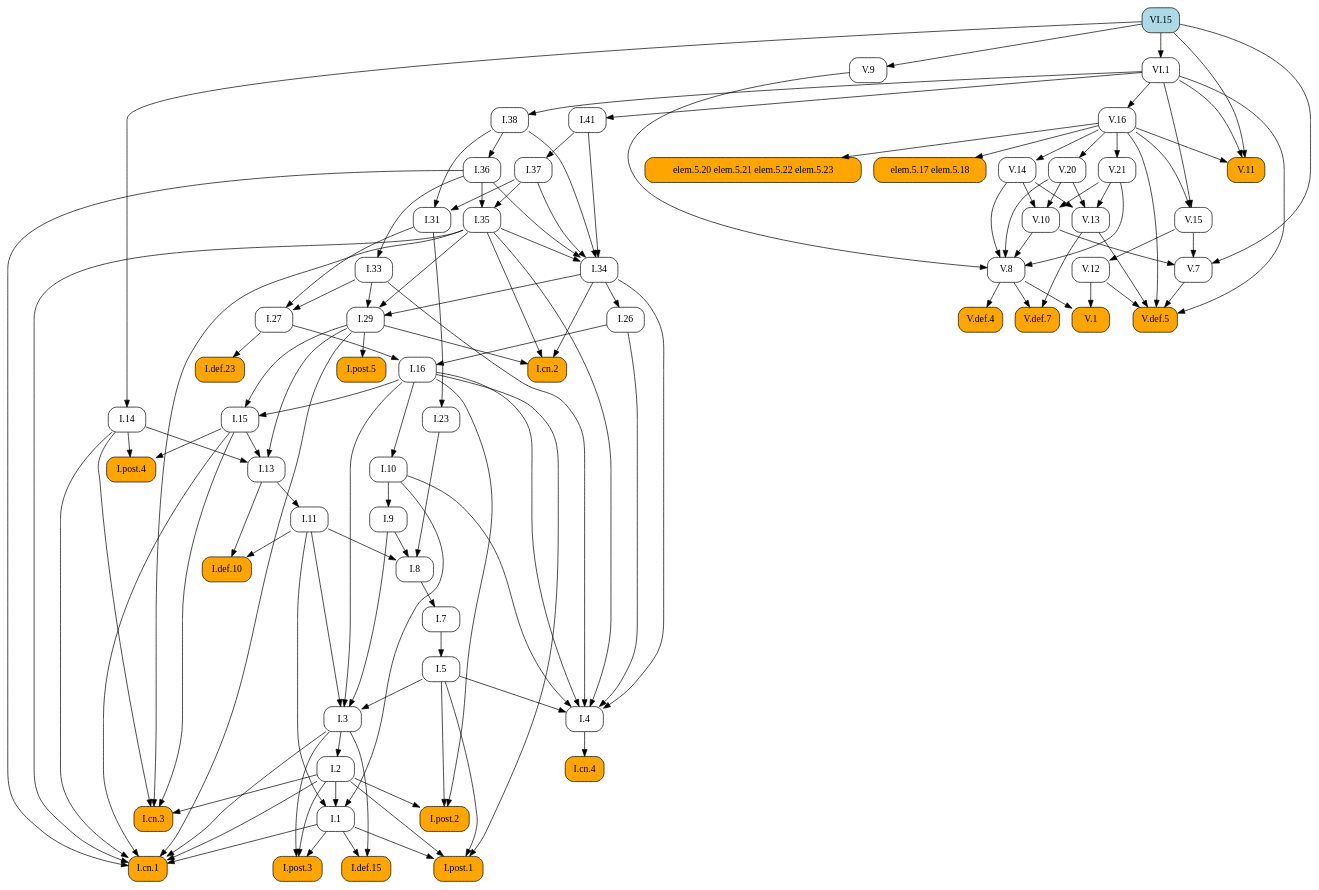
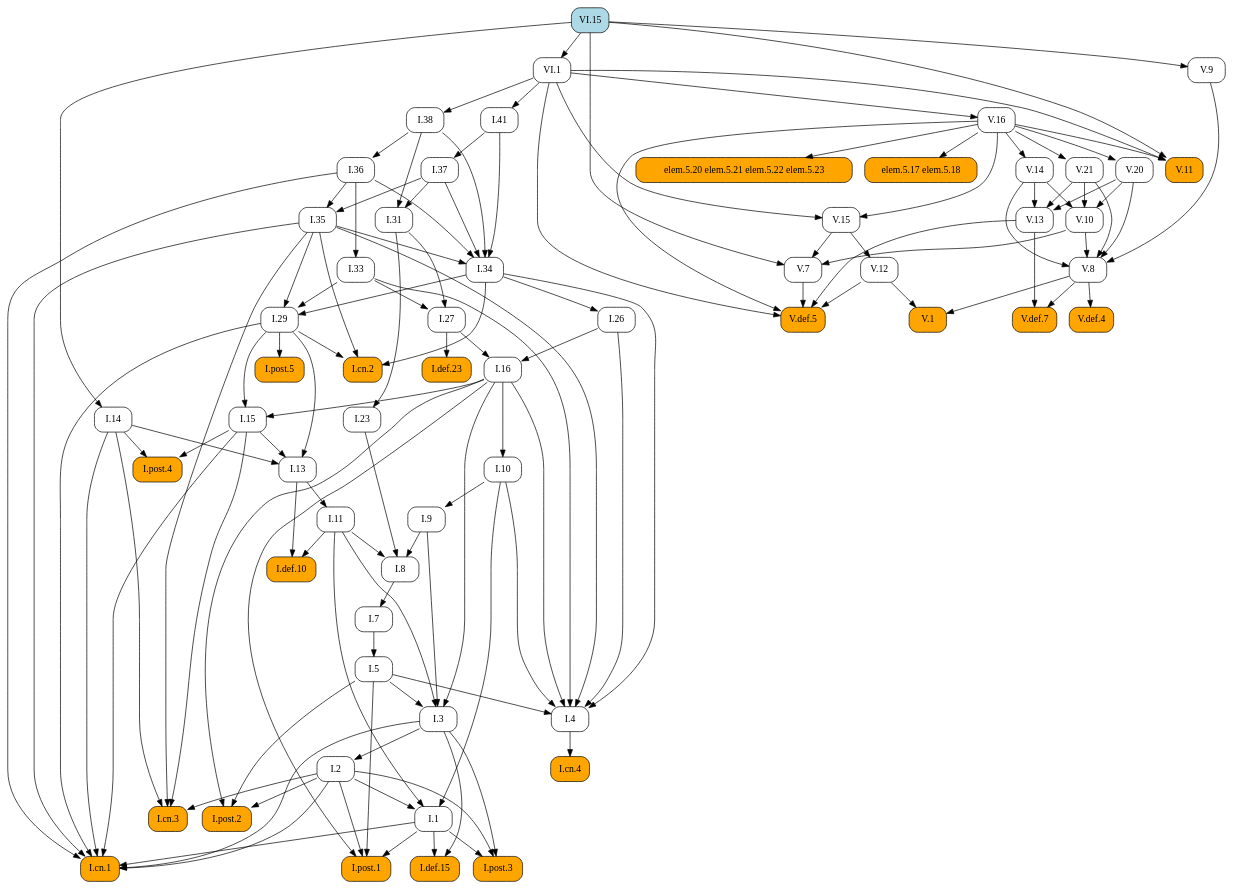
One commit to geometor/elements changed the diagram in docsrc/heath/VI/15/index.rst. Above: the diagram before and after it, drawn with Graphviz. The commit also changed other lines of this file and 484 other files, not shown here.

```diff
--- a/docsrc/heath/VI/15/index.rst
+++ b/docsrc/heath/VI/15/index.rst
@@ -55,104 +55,119 @@
    digraph {
      rankdir="TB";
      node [shape=box, style=rounded];
-     "I.def.10" [style="rounded,filled", fillcolor=orange, URL="/heath/I/def.10/", target="_top"];
-     "I.11" [URL="/heath/I/11/", target="_top"];
-     "I.post.4" [style="rounded,filled", fillcolor=orange, URL="/heath/I/post.4/", target="_top"];
-     "I.1" [URL="/heath/I/1/", target="_top"];
-     "I.26" [URL="/heath/I/26/", target="_top"];
+     "V.16" [URL="/heath/V/16/", target="_top"];
+     "I.23" [URL="/heath/I/23/", target="_top"];
+     "I.9" [URL="/heath/I/9/", target="_top"];
+     "I.33" [URL="/heath/I/33/", target="_top"];
+     "VI.15" [style="rounded,filled", fillcolor=lightblue, URL="/heath/VI/15/", target="_top"];
+     "I.def.15" [style="rounded,filled", fillcolor=orange, URL="/heath/I/def.15/", target="_top"];
+     "V.13" [URL="/heath/V/13/", target="_top"];
+     "V.7" [URL="/heath/V/7/", target="_top"];
+     "elem.5.17 elem.5.18" [style="rounded,filled", fillcolor=orange];
+     "I.post.3" [style="rounded,filled", fillcolor=orange, URL="/heath/I/post.3/", target="_top"];
+     "I.post.1" [style="rounded,filled", fillcolor=orange, URL="/heath/I/post.1/", target="_top"];
      "V.14" [URL="/heath/V/14/", target="_top"];
      "V.def.5" [style="rounded,filled", fillcolor=orange, URL="/heath/V/def.5/", target="_top"];
+     "V.9" [URL="/heath/V/9/", target="_top"];
+     "I.31" [URL="/heath/I/31/", target="_top"];
+     "I.def.10" [style="rounded,filled", fillcolor=orange, URL="/heath/I/def.10/", target="_top"];
+     "V.10" [URL="/heath/V/10/", target="_top"];
+     "VI.1" [URL="/heath/VI/1/", target="_top"];
+     "V.20" [URL="/heath/V/20/", target="_top"];
+     "I.27" [URL="/heath/I/27/", target="_top"];
+     "I.14" [URL="/heath/I/14/", target="_top"];
+     "V.11" [style="rounded,filled", fillcolor=orange, URL="/heath/V/11/", target="_top"];
+     "I.34" [URL="/heath/I/34/", target="_top"];
+     "V.12" [URL="/heath/V/12/", target="_top"];
+     "I.3" [URL="/heath/I/3/", target="_top"];
+     "V.def.4" [style="rounded,filled", fillcolor=orange, URL="/heath/V/def.4/", target="_top"];
+     "I.35" [URL="/heath/I/35/", target="_top"];
+     "I.cn.1" [style="rounded,filled", fillcolor=orange, URL="/heath/I/cn.1/", target="_top"];
+     "V.def.7" [style="rounded,filled", fillcolor=orange, URL="/heath/V/def.7/", target="_top"];
+     "I.7" [URL="/heath/I/7/", target="_top"];
+     "V.21" [URL="/heath/V/21/", target="_top"];
+     "I.2" [URL="/heath/I/2/", target="_top"];
+     "I.36" [URL="/heath/I/36/", target="_top"];
+     "I.13" [URL="/heath/I/13/", target="_top"];
+     "I.post.4" [style="rounded,filled", fillcolor=orange, URL="/heath/I/post.4/", target="_top"];
+     "I.4" [URL="/heath/I/4/", target="_top"];
+     "I.1" [URL="/heath/I/1/", target="_top"];
+     "I.5" [URL="/heath/I/5/", target="_top"];
+     "I.37" [URL="/heath/I/37/", target="_top"];
+     "I.8" [URL="/heath/I/8/", target="_top"];
+     "I.cn.3" [style="rounded,filled", fillcolor=orange, URL="/heath/I/cn.3/", target="_top"];
      "I.29" [URL="/heath/I/29/", target="_top"];
-     "V.12" [URL="/heath/V/12/", target="_top"];
+     "I.16" [URL="/heath/I/16/", target="_top"];
+     "I.38" [URL="/heath/I/38/", target="_top"];
+     "V.8" [URL="/heath/V/8/", target="_top"];
+     "I.15" [URL="/heath/I/15/", target="_top"];
+     "V.1" [style="rounded,filled", fillcolor=orange, URL="/heath/V/1/", target="_top"];
+     "I.11" [URL="/heath/I/11/", target="_top"];
+     "I.def.23" [style="rounded,filled", fillcolor=orange, URL="/heath/I/def.23/", target="_top"];
+     "I.10" [URL="/heath/I/10/", target="_top"];
      "I.cn.2" [style="rounded,filled", fillcolor=orange, URL="/heath/I/cn.2/", target="_top"];
-     "V.20" [URL="/heath/V/20/", target="_top"];
-     "V.10" [URL="/heath/V/10/", target="_top"];
-     "V.11" [style="rounded,filled", fillcolor=orange, URL="/heath/V/11/", target="_top"];
-     "V.13" [URL="/heath/V/13/", target="_top"];
-     "I.def.15" [style="rounded,filled", fillcolor=orange, URL="/heath/I/def.15/", target="_top"];
+     "I.post.5" [style="rounded,filled", fillcolor=orange, URL="/heath/I/post.5/", target="_top"];
+     "I.cn.4" [style="rounded,filled", fillcolor=orange, URL="/heath/I/cn.4/", target="_top"];
+     "I.41" [URL="/heath/I/41/", target="_top"];
      "V.15" [URL="/heath/V/15/", target="_top"];
-     "VI.1" [URL="/heath/VI/1/", target="_top"];
-     "I.post.3" [style="rounded,filled", fillcolor=orange, URL="/heath/I/post.3/", target="_top"];
-     "I.cn.1" [style="rounded,filled", fillcolor=orange, URL="/heath/I/cn.1/", target="_top"];
-     "I.cn.3" [style="rounded,filled", fillcolor=orange, URL="/heath/I/cn.3/", target="_top"];
-     "V.7" [URL="/heath/V/7/", target="_top"];
-     "I.14" [URL="/heath/I/14/", target="_top"];
-     "V.9" [URL="/heath/V/9/", target="_top"];
-     "V.16" [URL="/heath/V/16/", target="_top"];
-     "I.23" [URL="/heath/I/23/", target="_top"];
-     "I.post.1" [style="rounded,filled", fillcolor=orange, URL="/heath/I/post.1/", target="_top"];
-     "I.35" [URL="/heath/I/35/", target="_top"];
-     "V.8" [URL="/heath/V/8/", target="_top"];
-     "I.41" [URL="/heath/I/41/", target="_top"];
-     "I.36" [URL="/heath/I/36/", target="_top"];
-     "I.27" [URL="/heath/I/27/", target="_top"];
-     "I.37" [URL="/heath/I/37/", target="_top"];
-     "I.34" [URL="/heath/I/34/", target="_top"];
-     "I.3" [URL="/heath/I/3/", target="_top"];
-     "I.7" [URL="/heath/I/7/", target="_top"];
-     "I.2" [URL="/heath/I/2/", target="_top"];
-     "I.4" [URL="/heath/I/4/", target="_top"];
-     "I.def.23" [style="rounded,filled", fillcolor=orange, URL="/heath/I/def.23/", target="_top"];
-     "I.13" [URL="/heath/I/13/", target="_top"];
-     "I.33" [URL="/heath/I/33/", target="_top"];
-     "I.31" [URL="/heath/I/31/", target="_top"];
      "I.post.2" [style="rounded,filled", fillcolor=orange, URL="/heath/I/post.2/", target="_top"];
-     "V.1" [style="rounded,filled", fillcolor=orange, URL="/heath/V/1/", target="_top"];
-     "I.16" [URL="/heath/I/16/", target="_top"];
+     "I.26" [URL="/heath/I/26/", target="_top"];
      "elem.5.20 elem.5.21 elem.5.22 elem.5.23" [style="rounded,filled", fillcolor=orange];
-     "elem.5.17 elem.5.18" [style="rounded,filled", fillcolor=orange];
-     "I.9" [URL="/heath/I/9/", target="_top"];
-     "VI.15" [style="rounded,filled", fillcolor=lightblue, URL="/heath/VI/15/", target="_top"];
-     "I.8" [URL="/heath/I/8/", target="_top"];
-     "V.def.4" [style="rounded,filled", fillcolor=orange, URL="/heath/V/def.4/", target="_top"];
-     "I.cn.4" [style="rounded,filled", fillcolor=orange, URL="/heath/I/cn.4/", target="_top"];
-     "I.15" [URL="/heath/I/15/", target="_top"];
-     "I.post.5" [style="rounded,filled", fillcolor=orange, URL="/heath/I/post.5/", target="_top"];
-     "I.38" [URL="/heath/I/38/", target="_top"];
-     "V.def.7" [style="rounded,filled", fillcolor=orange, URL="/heath/V/def.7/", target="_top"];
-     "I.10" [URL="/heath/I/10/", target="_top"];
-     "I.5" [URL="/heath/I/5/", target="_top"];
-     "V.21" [URL="/heath/V/21/", target="_top"];
-     "I.11" -> "I.def.10";
-     "I.13" -> "I.def.10";
-     "I.13" -> "I.11";
-     "I.14" -> "I.post.4";
-     "I.15" -> "I.post.4";
-     "I.2" -> "I.1";
-     "I.10" -> "I.1";
-     "I.11" -> "I.1";
-     "I.34" -> "I.26";
+     "VI.1" -> "V.16";
+     "I.31" -> "I.23";
+     "I.10" -> "I.9";
+     "I.36" -> "I.33";
+     "I.1" -> "I.def.15";
+     "I.3" -> "I.def.15";
+     "V.14" -> "V.13";
+     "V.20" -> "V.13";
+     "V.21" -> "V.13";
+     "V.10" -> "V.7";
+     "V.15" -> "V.7";
+     "VI.15" -> "V.7";
+     "V.16" -> "elem.5.17 elem.5.18";
+     "I.1" -> "I.post.3";
+     "I.2" -> "I.post.3";
+     "I.3" -> "I.post.3";
+     "I.1" -> "I.post.1";
+     "I.2" -> "I.post.1";
+     "I.5" -> "I.post.1";
+     "I.16" -> "I.post.1";
      "V.16" -> "V.14";
      "V.7" -> "V.def.5";
      "V.12" -> "V.def.5";
      "V.13" -> "V.def.5";
      "V.16" -> "V.def.5";
      "VI.1" -> "V.def.5";
-     "I.33" -> "I.29";
-     "I.34" -> "I.29";
-     "I.35" -> "I.29";
-     "V.15" -> "V.12";
-     "I.29" -> "I.cn.2";
-     "I.34" -> "I.cn.2";
-     "I.35" -> "I.cn.2";
-     "V.16" -> "V.20";
+     "VI.15" -> "V.9";
+     "I.37" -> "I.31";
+     "I.38" -> "I.31";
+     "I.11" -> "I.def.10";
+     "I.13" -> "I.def.10";
      "V.14" -> "V.10";
      "V.20" -> "V.10";
      "V.21" -> "V.10";
+     "VI.15" -> "VI.1";
+     "V.16" -> "V.20";
+     "I.31" -> "I.27";
+     "I.33" -> "I.27";
+     "VI.15" -> "I.14";
      "V.16" -> "V.11";
      "VI.1" -> "V.11";
      "VI.15" -> "V.11";
-     "V.14" -> "V.13";
-     "V.20" -> "V.13";
-     "V.21" -> "V.13";
-     "I.1" -> "I.def.15";
-     "I.3" -> "I.def.15";
-     "V.16" -> "V.15";
-     "VI.1" -> "V.15";
-     "VI.15" -> "VI.1";
-     "I.1" -> "I.post.3";
-     "I.2" -> "I.post.3";
-     "I.3" -> "I.post.3";
+     "I.35" -> "I.34";
+     "I.36" -> "I.34";
+     "I.37" -> "I.34";
+     "I.38" -> "I.34";
+     "I.41" -> "I.34";
+     "V.15" -> "V.12";
+     "I.5" -> "I.3";
+     "I.9" -> "I.3";
+     "I.11" -> "I.3";
+     "I.16" -> "I.3";
+     "V.8" -> "V.def.4";
+     "I.36" -> "I.35";
+     "I.37" -> "I.35";
      "I.1" -> "I.cn.1";
      "I.2" -> "I.cn.1";
      "I.3" -> "I.cn.1";
@@ -161,44 +176,17 @@
      "I.29" -> "I.cn.1";
      "I.35" -> "I.cn.1";
      "I.36" -> "I.cn.1";
-     "I.2" -> "I.cn.3";
-     "I.14" -> "I.cn.3";
-     "I.15" -> "I.cn.3";
-     "I.35" -> "I.cn.3";
-     "V.10" -> "V.7";
-     "V.15" -> "V.7";
-     "VI.15" -> "V.7";
-     "VI.15" -> "I.14";
-     "VI.15" -> "V.9";
-     "VI.1" -> "V.16";
-     "I.31" -> "I.23";
-     "I.1" -> "I.post.1";
-     "I.2" -> "I.post.1";
-     "I.5" -> "I.post.1";
-     "I.16" -> "I.post.1";
-     "I.36" -> "I.35";
-     "I.37" -> "I.35";
-     "V.9" -> "V.8";
-     "V.10" -> "V.8";
-     "V.14" -> "V.8";
-     "V.20" -> "V.8";
-     "V.21" -> "V.8";
-     "VI.1" -> "I.41";
+     "V.8" -> "V.def.7";
+     "V.13" -> "V.def.7";
+     "I.8" -> "I.7";
+     "V.16" -> "V.21";
+     "I.3" -> "I.2";
      "I.38" -> "I.36";
-     "I.31" -> "I.27";
-     "I.33" -> "I.27";
-     "I.41" -> "I.37";
-     "I.35" -> "I.34";
-     "I.36" -> "I.34";
-     "I.37" -> "I.34";
-     "I.38" -> "I.34";
-     "I.41" -> "I.34";
-     "I.5" -> "I.3";
-     "I.9" -> "I.3";
-     "I.11" -> "I.3";
-     "I.16" -> "I.3";
-     "I.8" -> "I.7";
-     "I.3" -> "I.2";
+     "I.14" -> "I.13";
+     "I.15" -> "I.13";
+     "I.29" -> "I.13";
+     "I.14" -> "I.post.4";
+     "I.15" -> "I.post.4";
      "I.5" -> "I.4";
      "I.10" -> "I.4";
      "I.16" -> "I.4";
@@ -206,35 +194,47 @@
      "I.33" -> "I.4";
      "I.34" -> "I.4";
      "I.35" -> "I.4";
+     "I.2" -> "I.1";
+     "I.10" -> "I.1";
+     "I.11" -> "I.1";
+     "I.7" -> "I.5";
+     "I.41" -> "I.37";
+     "I.9" -> "I.8";
+     "I.11" -> "I.8";
+     "I.23" -> "I.8";
+     "I.2" -> "I.cn.3";
+     "I.14" -> "I.cn.3";
+     "I.15" -> "I.cn.3";
+     "I.35" -> "I.cn.3";
+     "I.33" -> "I.29";
+     "I.34" -> "I.29";
+     "I.35" -> "I.29";
+     "I.26" -> "I.16";
+     "I.27" -> "I.16";
+     "VI.1" -> "I.38";
+     "V.9" -> "V.8";
+     "V.10" -> "V.8";
+     "V.14" -> "V.8";
+     "V.20" -> "V.8";
+     "V.21" -> "V.8";
+     "I.16" -> "I.15";
+     "I.29" -> "I.15";
+     "V.8" -> "V.1";
+     "V.12" -> "V.1";
+     "I.13" -> "I.11";
      "I.27" -> "I.def.23";
-     "I.14" -> "I.13";
-     "I.15" -> "I.13";
-     "I.29" -> "I.13";
-     "I.36" -> "I.33";
-     "I.37" -> "I.31";
-     "I.38" -> "I.31";
+     "I.16" -> "I.10";
+     "I.29" -> "I.cn.2";
+     "I.34" -> "I.cn.2";
+     "I.35" -> "I.cn.2";
+     "I.29" -> "I.post.5";
+     "I.4" -> "I.cn.4";
+     "VI.1" -> "I.41";
+     "V.16" -> "V.15";
+     "VI.1" -> "V.15";
      "I.2" -> "I.post.2";
      "I.5" -> "I.post.2";
      "I.16" -> "I.post.2";
-     "V.8" -> "V.1";
-     "V.12" -> "V.1";
-     "I.26" -> "I.16";
-     "I.27" -> "I.16";
+     "I.34" -> "I.26";
      "V.16" -> "elem.5.20 elem.5.21 elem.5.22 elem.5.23";
-     "V.16" -> "elem.5.17 elem.5.18";
-     "I.10" -> "I.9";
-     "I.9" -> "I.8";
-     "I.11" -> "I.8";
-     "I.23" -> "I.8";
-     "V.8" -> "V.def.4";
-     "I.4" -> "I.cn.4";
-     "I.16" -> "I.15";
-     "I.29" -> "I.15";
-     "I.29" -> "I.post.5";
-     "VI.1" -> "I.38";
-     "V.8" -> "V.def.7";
-     "V.13" -> "V.def.7";
-     "I.16" -> "I.10";
-     "I.7" -> "I.5";
-     "V.16" -> "V.21";
    }
```
